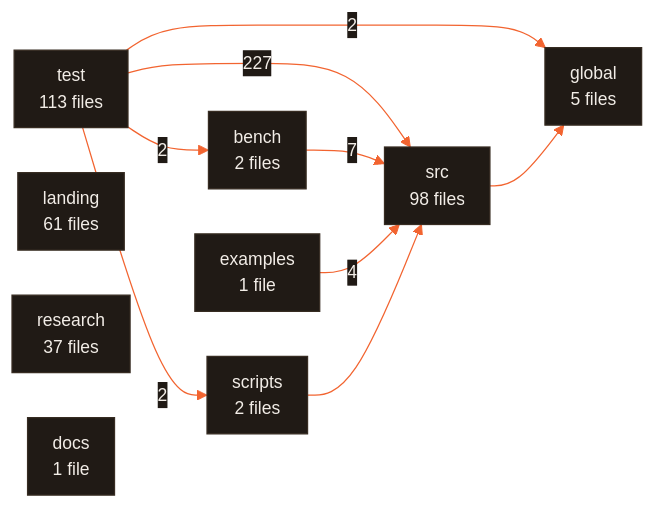
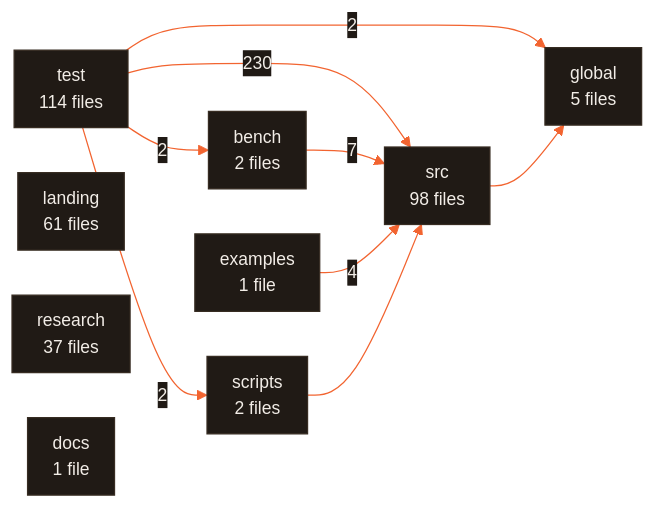
One commit to CodeWithJuber/forgekit changed the fifth of 5 diagrams in ARCHITECTURE.md. Above: the diagram before and after it, drawn with Mermaid. The commit also changed other lines of this file and 11 other files, not shown here.

````diff
--- a/ARCHITECTURE.md
+++ b/ARCHITECTURE.md
@@ -611,21 +616,21 @@
 ```mermaid
 %%{init: {'theme':'base','themeVariables':{'primaryColor':'#201a15','primaryTextColor':'#f2ede7','primaryBorderColor':'#372c22','lineColor':'#f26430','secondaryColor':'#272019','tertiaryColor':'#171310','edgeLabelBackground':'#201a15','clusterBkg':'#171310','clusterBorder':'#4a3b2e','fontFamily':'ui-sans-serif, system-ui, sans-serif','fontSize':'14px'},'flowchart':{'curve':'basis','padding':10,'nodeSpacing':36,'rankSpacing':44}}}%%
 flowchart LR
-  test["test<br/>113 files"]
+  test["test<br/>114 files"]
   src["src<br/>98 files"]
   landing["landing<br/>61 files"]
   research["research<br/>37 files"]
   global["global<br/>5 files"]
   bench["bench<br/>2 files"]
   scripts["scripts<br/>2 files"]
   docs["docs<br/>1 file"]
   examples["examples<br/>1 file"]
-  test -- 227 --> src
+  test -- 230 --> src
   bench -- 7 --> src
   examples -- 4 --> src
   test -- 2 --> bench
   test -- 2 --> global
   test -- 2 --> scripts
   scripts --> src
   src --> global
 ```
````
